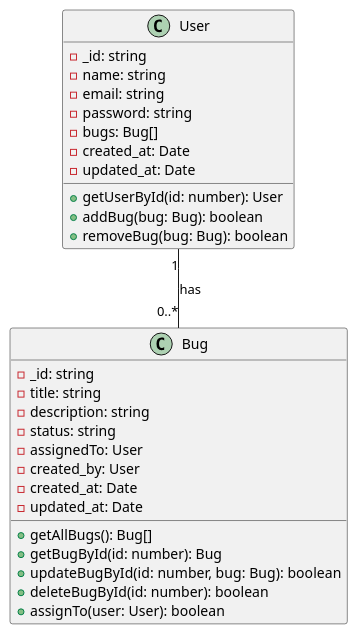
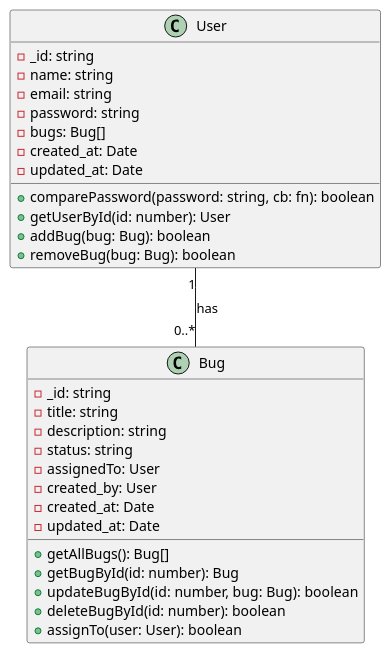
One commit to devulogi/bug-tracker changed the diagram in uml/BugTracking.puml. Above: the diagram before and after it, drawn with PlantUML. The commit also changed 4 other files, not shown here.

```diff
--- a/uml/BugTracking.puml
+++ b/uml/BugTracking.puml
@@ -1,34 +1,35 @@
 @startuml
 
 class User {
     - _id: string
     - name: string
     - email: string
     - password: string
     - bugs: Bug[]
     - created_at: Date
     - updated_at: Date
+    + comparePassword(password: string, cb: fn): boolean
     + getUserById(id: number): User
     + addBug(bug: Bug): boolean
     + removeBug(bug: Bug): boolean
 }
 
 class Bug {
     - _id: string
     - title: string
     - description: string
     - status: string
     - assignedTo: User
     - created_by: User
     - created_at: Date
     - updated_at: Date
     + getAllBugs(): Bug[]
     + getBugById(id: number): Bug
     + updateBugById(id: number, bug: Bug): boolean
     + deleteBugById(id: number): boolean
     + assignTo(user: User): boolean
 }
 
 User "1" -- "0..*" Bug : has
 
 @enduml
```
